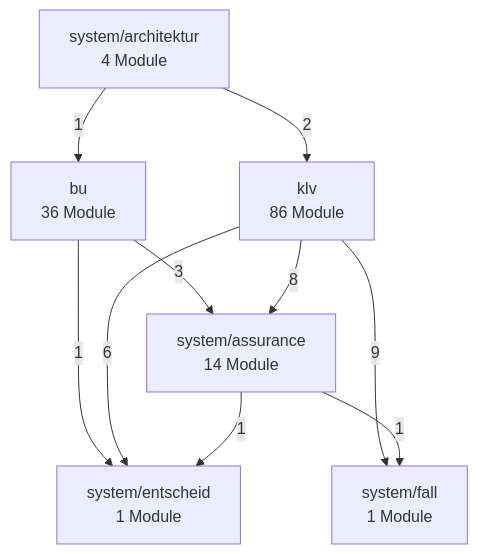
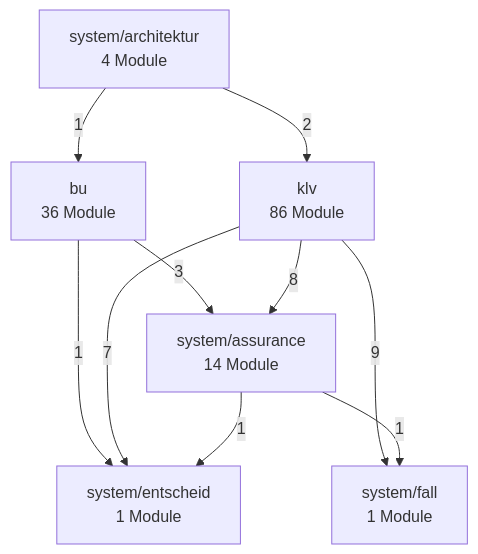
One commit to bartlmac/rechner-pipeline changed the second of 3 diagrams in docs/architektur/landkarte.md. Above: the diagram before and after it, drawn with Mermaid. The commit also changed other lines of this file and 3 other files, not shown here.

````diff
--- a/docs/architektur/landkarte.md
+++ b/docs/architektur/landkarte.md
@@ -78,19 +78,19 @@
 ```mermaid
 %% Fachknoten — erzeugt von ontologie.landkarte
 flowchart TD
     bu["bu<br/>36 Module"]
     klv["klv<br/>86 Module"]
     system_architektur["system/architektur<br/>4 Module"]
     system_assurance["system/assurance<br/>14 Module"]
     system_entscheid["system/entscheid<br/>1 Module"]
     system_fall["system/fall<br/>1 Module"]
     bu -- 3 --> system_assurance
     bu -- 1 --> system_entscheid
     klv -- 8 --> system_assurance
-    klv -- 6 --> system_entscheid
+    klv -- 7 --> system_entscheid
     klv -- 9 --> system_fall
     system_architektur -- 1 --> bu
     system_architektur -- 2 --> klv
     system_assurance -- 1 --> system_entscheid
     system_assurance -- 1 --> system_fall
 ```
````
